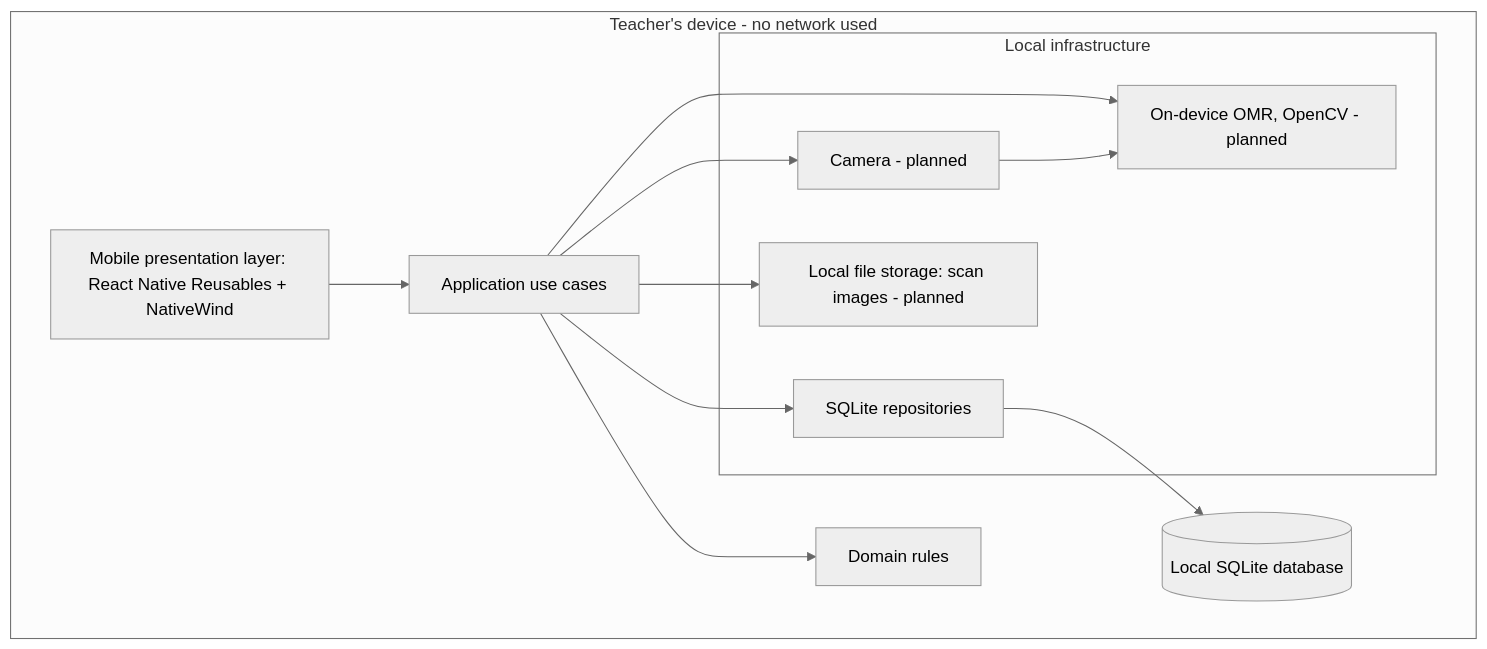
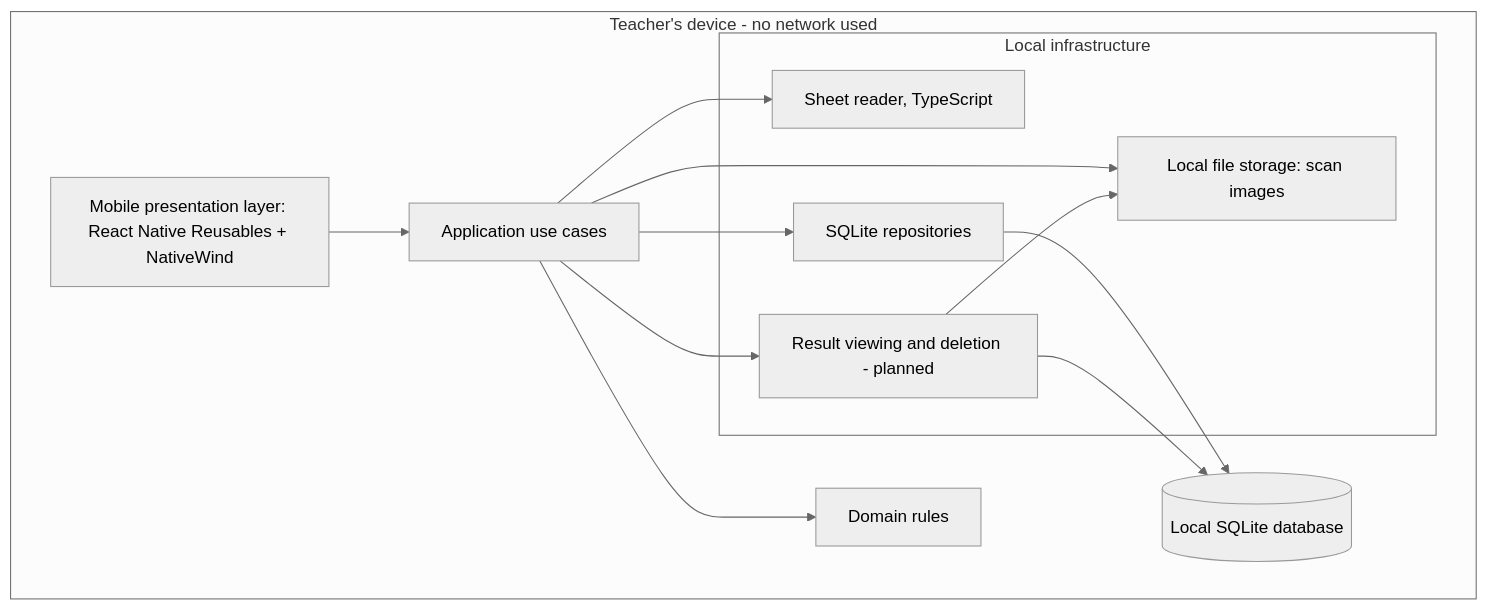
The second of 13 diagrams in docs/diagrams.md (nicolaseugenio2022-cyber/answer-checker), drawn with Mermaid (neutral theme) before and after one commit. The commit also changed other lines of this file and 5 other files, not shown here.

Commit message:
docs: synchronize documentation with schema version 6 and Scan

````diff
--- a/docs/diagrams.md
+++ b/docs/diagrams.md
@@ -41,24 +51,25 @@
 ```mermaid
 flowchart TD
     subgraph Device["Teacher's device - no network used"]
         UI["Mobile presentation layer: React Native Reusables + NativeWind"]
         APP["Application use cases"]
         DOMAIN["Domain rules"]
         subgraph Infra["Local infrastructure"]
-            CAM["Camera - planned"]
-            OMR["On-device OMR, OpenCV - planned"]
+            OMR["Sheet reader, TypeScript"]
             REPO["SQLite repositories"]
-            FILES["Local file storage: scan images - planned"]
+            FILES["Local file storage: scan images"]
+            RES["Result viewing and deletion - planned"]
         end
         DB[("Local SQLite database")]
     end
 
     UI --> APP
     APP --> DOMAIN
-    APP --> CAM
     APP --> OMR
     APP --> REPO
     APP --> FILES
-    CAM --> OMR
+    APP --> RES
     REPO --> DB
+    RES --> DB
+    RES --> FILES
 ```
````
